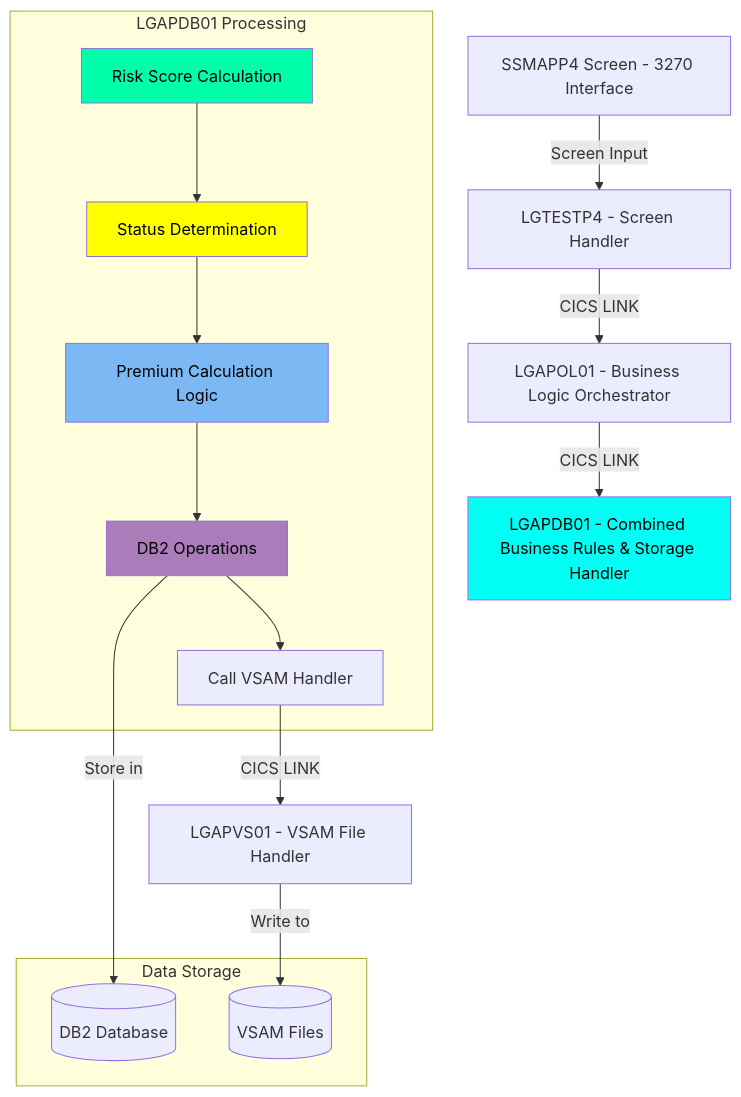
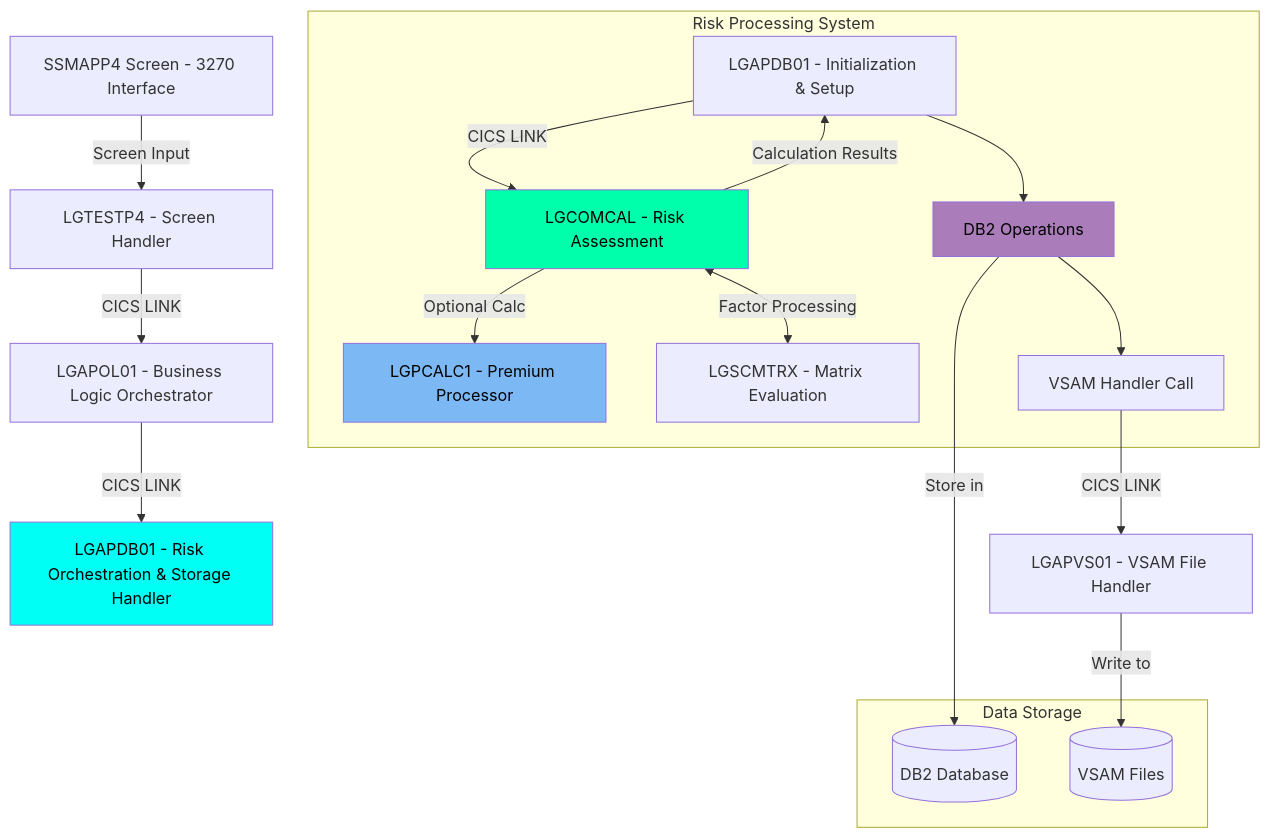
Before and after one commit to Swimm-Demo/kyndryl-cics-genapp: the second of 2 diagrams in .swm/commercial-property-policy-management.ss2iskfn.sw.md, drawn with Mermaid. The commit also changed other lines of this file and 8 other files, not shown here.

````diff
--- a/.swm/commercial-property-policy-management.ss2iskfn.sw.md
+++ b/.swm/commercial-property-policy-management.ss2iskfn.sw.md
@@ -117,64 +68,39 @@
 ```mermaid
 flowchart TD
     A[SSMAPP4 Screen - 3270 Interface] -->|Screen Input| B[LGTESTP4 - Screen Handler]
     B -->|CICS LINK| C[LGAPOL01 - Business Logic Orchestrator]
-    C -->|CICS LINK| D[LGAPDB01 - Combined Business Rules & Storage Handler]:::a4f5fbfea
+    C -->|CICS LINK| D[LGAPDB01 - Risk Orchestration & Storage Handler]:::a4f5fbfea
     
-    subgraph LGAPDB01[LGAPDB01 Processing]
-        D1[Risk Score Calculation]:::a261ec6c4 --> D11[Status Determination]:::a4271316e -->
-        D2[Premium Calculation Logic]:::a0b8c7d0e 
-        D3[DB2 Operations]:::a0298c687
-        D4[Call VSAM Handler]
-        D2 --> D3
-        D3 --> D4
+    subgraph LGAPDB01[Risk Processing System]
+        D1[LGAPDB01 - Initialization & Setup]
+        D2[LGCOMCAL - Risk Assessment]:::a261ec6c4
+        D3[LGPCALC1 - Premium Processor]:::a0b8c7d0e 
+        D4[LGSCMTRX - Matrix Evaluation]
+        D5[DB2 Operations]:::a0298c687
+        D6[VSAM Handler Call]
+        
+        D1 -->|CICS LINK| D2
+        D2 -->|Calculation Results| D1
+        D2 <-->|Factor Processing| D4
+        D2 -->|Optional Calc| D3
+        D1 --> D5
+        D5 --> D6
     end
 
-    D4 -->|CICS LINK| E[LGAPVS01 - VSAM File Handler]
+    D6 -->|CICS LINK| E[LGAPVS01 - VSAM File Handler]
 
     subgraph Storage[Data Storage]
         F[(DB2 Database)]
         G[(VSAM Files)]
     end
 
-    D3 -->|Store in| F
+    D5 -->|Store in| F
     E -->|Write to| G
 
 classDef a0b8c7d0e color:#000000,fill:#7CB9F4
 classDef a261ec6c4 color:#000000,fill:#00FFAA
 classDef a4f5fbfea color:#000000,fill:#00FFF4
 classDef a4271316e color:#000000,fill:#FFFF00
 classDef a0298c687 color:#000000,fill:#AA7CB9
 classDef a911b8d83 color:#000000,fill:#5afa0a
-
-%% Swimm:
-%% flowchart TD
-%%     A[<SwmToken path="/base/src/lgtestp4.cbl" pos="52:11:11" line-data="           EXEC CICS SEND MAP (&#39;SSMAPP4&#39;)">`SSMAPP4`</SwmToken> Screen - 3270 Interface] -->|Screen Input| B[<SwmToken path="/base/src/lgtestp4.cbl" pos="11:6:6" line-data="       PROGRAM-ID. LGTESTP4.">`LGTESTP4`</SwmToken> - Screen Handler]
-%%     B -->|CICS LINK| C[<SwmToken path="/base/src/lgtestp4.cbl" pos="178:10:10" line-data="                 EXEC CICS LINK PROGRAM(&#39;LGAPOL01&#39;)">`LGAPOL01`</SwmToken> - Business Logic Orchestrator]
-%%     C -->|CICS LINK| D[<SwmToken path="/base/src/lgapdb01.cbl" pos="13:6:6" line-data="       PROGRAM-ID. LGAPDB01.">`LGAPDB01`</SwmToken> - Combined Business Rules & Storage Handler]:::a4f5fbfea
-%%     
-%%     subgraph <SwmToken path="/base/src/lgapdb01.cbl" pos="13:6:6" line-data="       PROGRAM-ID. LGAPDB01.">`LGAPDB01`</SwmToken>[<SwmToken path="/base/src/lgapdb01.cbl" pos="13:6:6" line-data="       PROGRAM-ID. LGAPDB01.">`LGAPDB01`</SwmToken> Processing]
-%%         D1[Risk Score Calculation]:::a261ec6c4 --> D11[Status Determination]:::a4271316e -->
-%%         D2[Premium Calculation Logic]:::a0b8c7d0e 
-%%         D3[DB2 Operations]:::a0298c687
-%%         D4[Call VSAM Handler]
-%%         D2 --> D3
-%%         D3 --> D4
-%%     end
-%% 
-%%     D4 -->|CICS LINK| E[LGAPVS01 - VSAM File Handler]
-%% 
-%%     subgraph Storage[Data Storage]
-%%         F[(DB2 Database)]
-%%         G[(VSAM Files)]
-%%     end
-%% 
-%%     D3 -->|Store in| F
-%%     E -->|Write to| G
-%% 
-%% classDef a0b8c7d0e color:#000000,fill:#7CB9F4
-%% classDef a261ec6c4 color:#000000,fill:#00FFAA
-%% classDef a4f5fbfea color:#000000,fill:#00FFF4
-%% classDef a4271316e color:#000000,fill:#FFFF00
-%% classDef a0298c687 color:#000000,fill:#AA7CB9
-%% classDef a911b8d83 color:#000000,fill:#5afa0a
 ```
````
